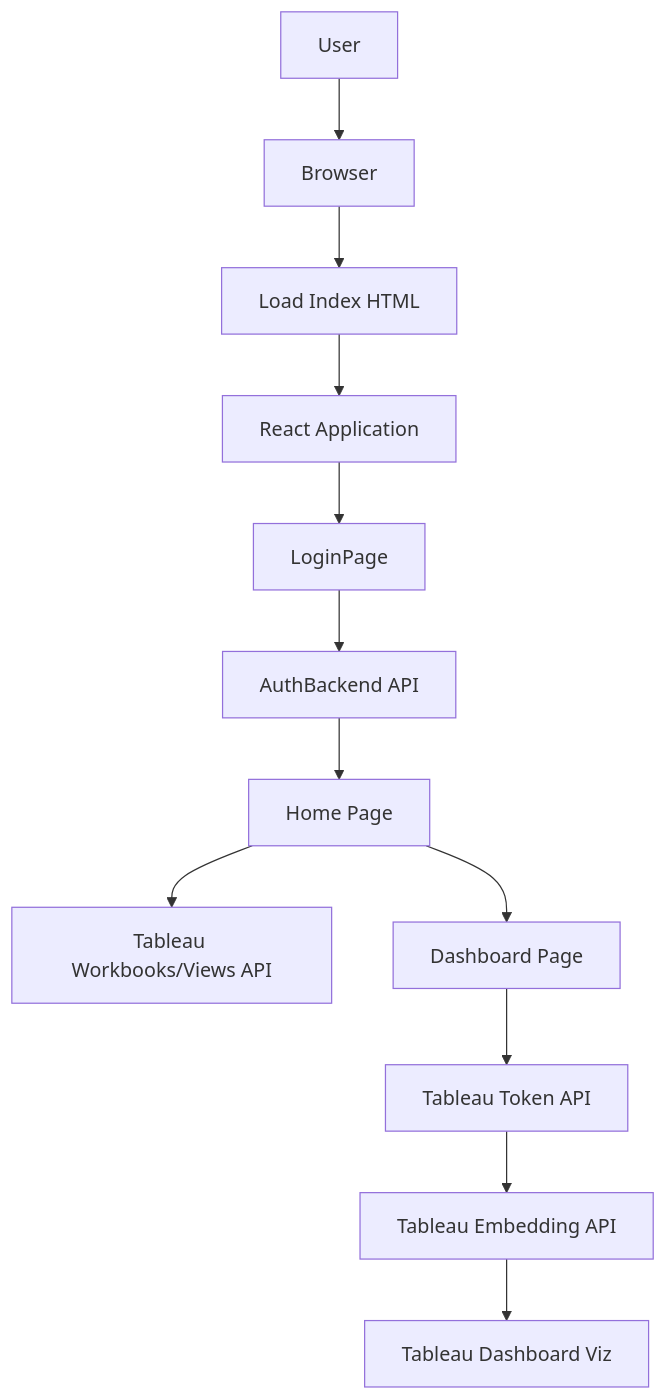
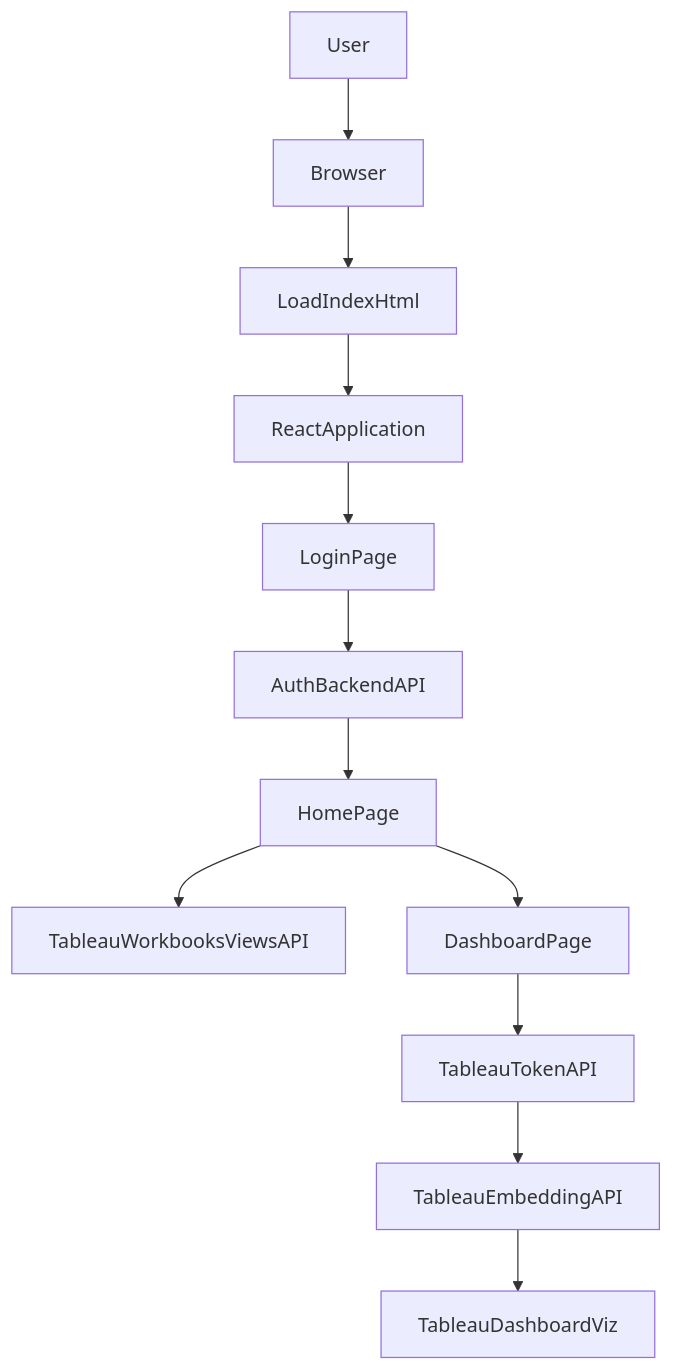
One commit to test-company-prowiz/tableau-frontend changed the diagram in docs/REPOSITORY_OVERVIEW.md. Above: the diagram before and after it, drawn with Mermaid. The commit also changed other lines of this file, not shown here.

Commit message:
docs: auto-generated documentation for docs/REPOSITORY_OVERVIEW.md

````diff
--- a/docs/REPOSITORY_OVERVIEW.md
+++ b/docs/REPOSITORY_OVERVIEW.md
@@ -66,14 +66,14 @@
 ```mermaid
 graph TD
 User[User] --> Browser[Browser]
-Browser --> LoadIndexHtml[Load Index HTML]
-LoadIndexHtml --> ReactApplication[React Application]
+Browser --> LoadIndexHtml[LoadIndexHtml]
+LoadIndexHtml --> ReactApplication[ReactApplication]
 ReactApplication --> LoginPage[LoginPage]
-LoginPage --> AuthBackendAPI[AuthBackend API]
-AuthBackendAPI --> HomePage[Home Page]
-HomePage --> TableauWorkbooksViewsAPI[Tableau Workbooks/Views API]
-HomePage --> DashboardPage[Dashboard Page]
-DashboardPage --> TableauTokenAPI[Tableau Token API]
-TableauTokenAPI --> TableauEmbeddingAPI[Tableau Embedding API]
-TableauEmbeddingAPI --> TableauDashboardViz[Tableau Dashboard Viz]
+LoginPage --> AuthBackendAPI[AuthBackendAPI]
+AuthBackendAPI --> HomePage[HomePage]
+HomePage --> TableauWorkbooksViewsAPI[TableauWorkbooksViewsAPI]
+HomePage --> DashboardPage[DashboardPage]
+DashboardPage --> TableauTokenAPI[TableauTokenAPI]
+TableauTokenAPI --> TableauEmbeddingAPI[TableauEmbeddingAPI]
+TableauEmbeddingAPI --> TableauDashboardViz[TableauDashboardViz]
 ```
````
